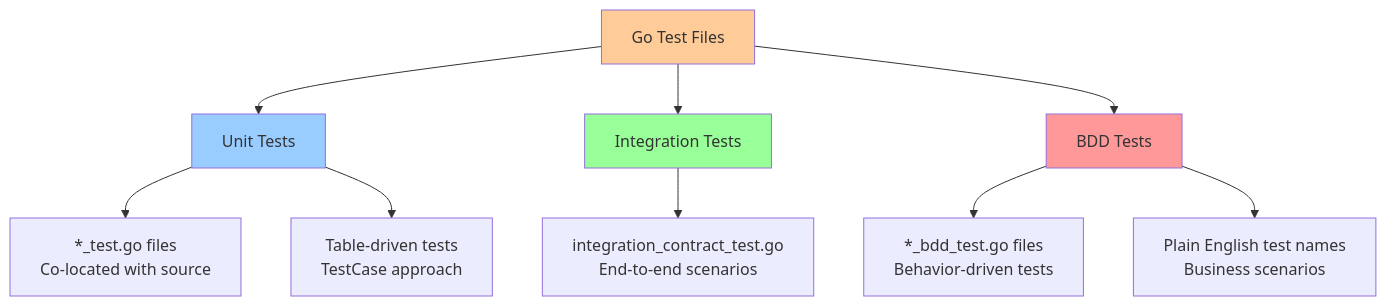
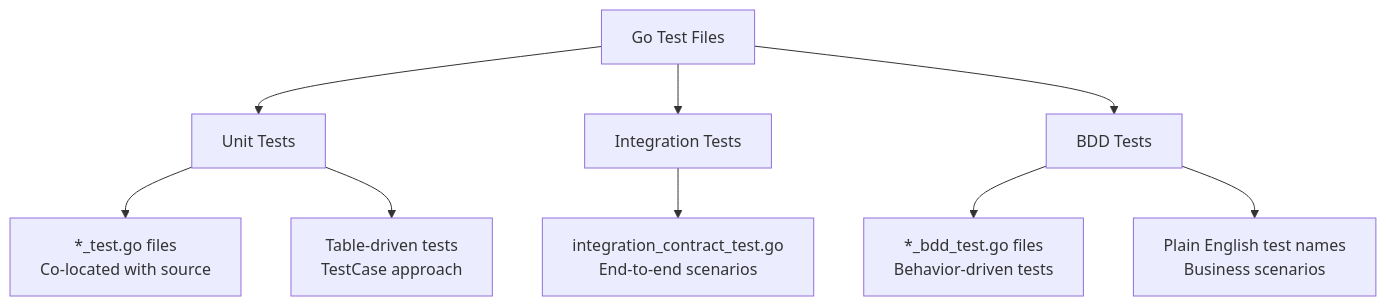
Before and after one commit to DanMarshall909/please: the third of 5 diagrams in memory-bank/architecture-comparison-diagrams.md, drawn with Mermaid. The commit also changed other lines of this file and 121 other files, not shown here.

````diff
--- a/memory-bank/architecture-comparison-diagrams.md
+++ b/memory-bank/architecture-comparison-diagrams.md
@@ -115,19 +115,19 @@
 ```mermaid
 graph TD
     A[Go Test Files] --> B[Unit Tests]
     A --> C[Integration Tests]
     A --> D[BDD Tests]
     
     B --> B1[*_test.go files<br/>Co-located with source]
     B --> B2[Table-driven tests<br/>TestCase approach]
     
     C --> C1[integration_contract_test.go<br/>End-to-end scenarios]
     
     D --> D1[*_bdd_test.go files<br/>Behavior-driven tests]
     D --> D2[Plain English test names<br/>Business scenarios]
     
-    style A fill:#ffcc99
-    style B fill:#99ccff
-    style C fill:#99ff99
-    style D fill:#ff9999
+    style A fill:#ffcc99;color:black
+    style B fill:#99ccff;color:black
+    style C fill:#99ff99;color:black
+    style D fill:#ff9999;color:black
 ```
````
